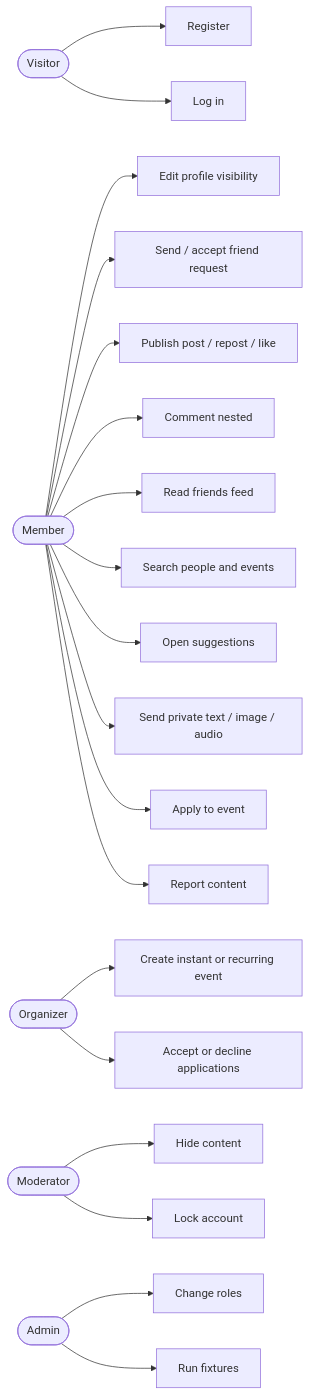
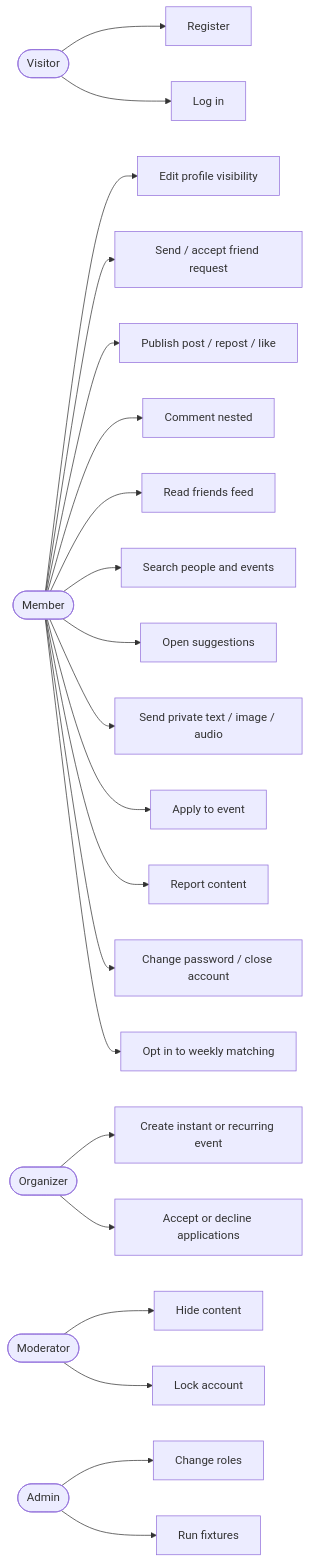
Before and after one commit to Projet-de-compensation-2025-2026/gym-buddy-documentation: the diagram in 60-UML-diagrams/01-Use-cases.md, drawn with Mermaid. The commit also changed other lines of this file and 40 other files, not shown here.

````diff
--- a/60-UML-diagrams/01-Use-cases.md
+++ b/60-UML-diagrams/01-Use-cases.md
@@ -10,31 +10,33 @@
 ```mermaid
 flowchart LR
   visitor([Visitor])
   member([Member])
   organizer([Organizer])
   mod([Moderator])
   admin([Admin])
 
   visitor --> UC1[Register]
   visitor --> UC2[Log in]
 
   member --> UC3[Edit profile visibility]
   member --> UC4[Send / accept friend request]
   member --> UC5[Publish post / repost / like]
   member --> UC6[Comment nested]
   member --> UC7[Read friends feed]
   member --> UC8[Search people and events]
   member --> UC9[Open suggestions]
   member --> UC10[Send private text / image / audio]
   member --> UC11[Apply to event]
   member --> UC12[Report content]
+  member --> UC19[Change password / close account]
+  member --> UC20[Opt in to weekly matching]
 
   organizer --> UC13[Create instant or recurring event]
   organizer --> UC14[Accept or decline applications]
 
   mod --> UC15[Hide content]
   mod --> UC16[Lock account]
 
   admin --> UC17[Change roles]
   admin --> UC18[Run fixtures]
 ```
````
